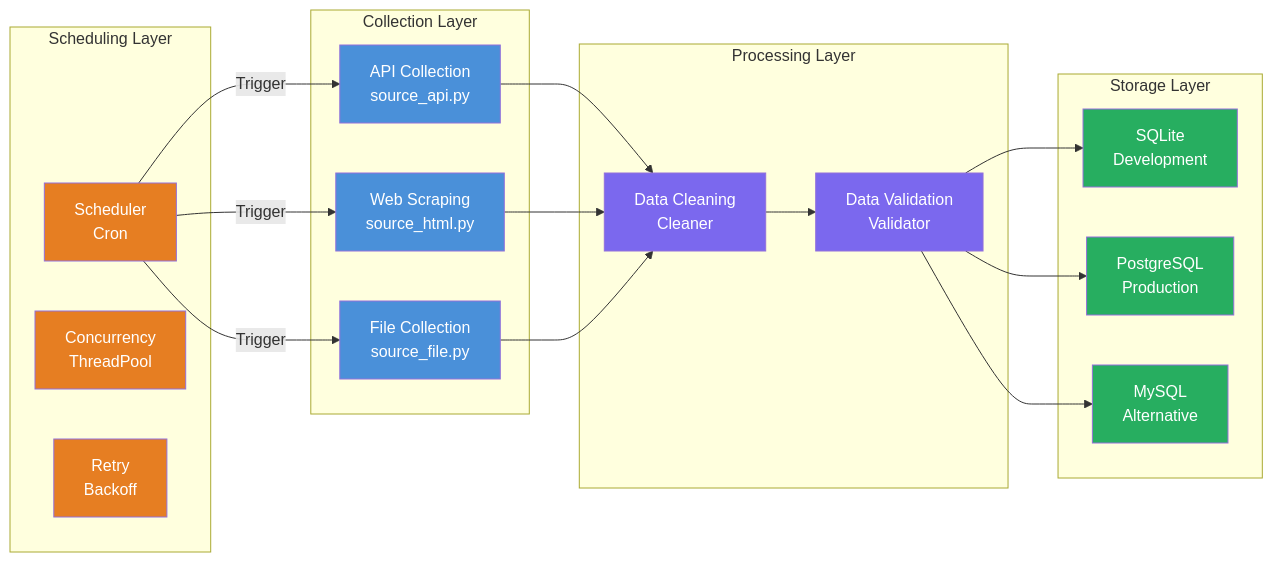
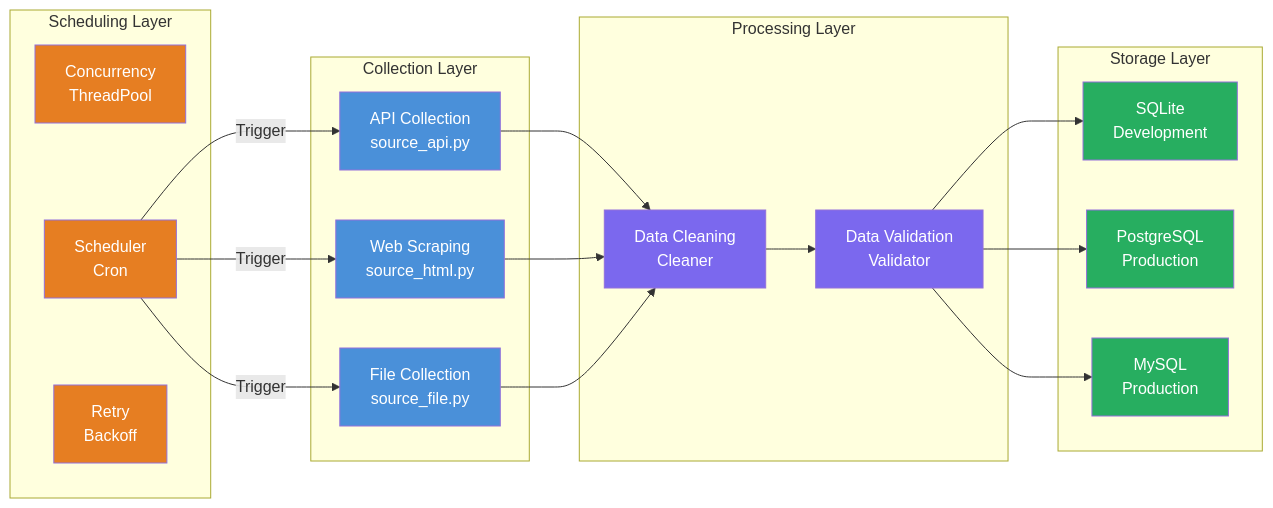
One commit to hollson/spider_awesome changed the diagram in README.en.md. Above: the diagram before and after it, drawn with Mermaid. The commit also changed 2 other files, not shown here.

Commit message:
docs: 更新文档里的存储层和调度层配置
统一修正中英文文档里的存储层标签与调度层组件顺序和触发关系

````diff
--- a/README.en.md
+++ b/README.en.md
@@ -30,42 +30,42 @@
 ```mermaid
 graph LR
     subgraph Collection Layer
         A1["API Collection<br/>source_api.py"]
         A2["Web Scraping<br/>source_html.py"]
         A3["File Collection<br/>source_file.py"]
     end
 
     subgraph Processing Layer
         B1["Data Cleaning<br/>Cleaner"]
         B2["Data Validation<br/>Validator"]
     end
 
     subgraph Storage Layer
         C1["SQLite<br/>Development"]
         C2["PostgreSQL<br/>Production"]
-        C3["MySQL<br/>Alternative"]
+        C3["MySQL<br/>Production"]
     end
 
     subgraph Scheduling Layer
-        D1["Scheduler<br/>Cron"]
-        D2["Concurrency<br/>ThreadPool"]
+        D1["Concurrency<br/>ThreadPool"]
+        D2["Scheduler<br/>Cron"]
         D3["Retry<br/>Backoff"]
     end
 
     A1 & A2 & A3 --> B1
     B1 --> B2
     B2 --> C1 & C2 & C3
-    D1 -->|Trigger| A1 & A2 & A3
+    D2 -->|Trigger| A1 & A2 & A3
 
     style A1 fill:#4A90D9,color:#fff
     style A2 fill:#4A90D9,color:#fff
     style A3 fill:#4A90D9,color:#fff
     style B1 fill:#7B68EE,color:#fff
     style B2 fill:#7B68EE,color:#fff
     style C1 fill:#27AE60,color:#fff
     style C2 fill:#27AE60,color:#fff
     style C3 fill:#27AE60,color:#fff
     style D1 fill:#E67E22,color:#fff
     style D2 fill:#E67E22,color:#fff
     style D3 fill:#E67E22,color:#fff
 ```
````
